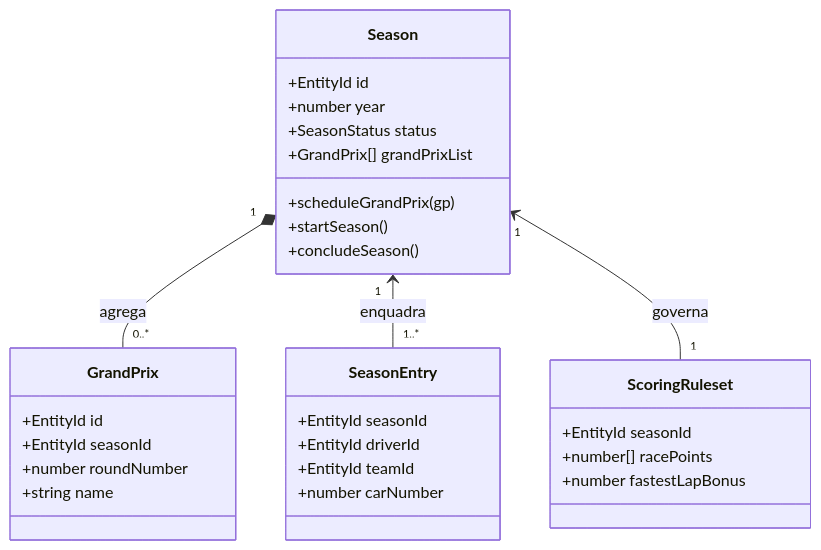
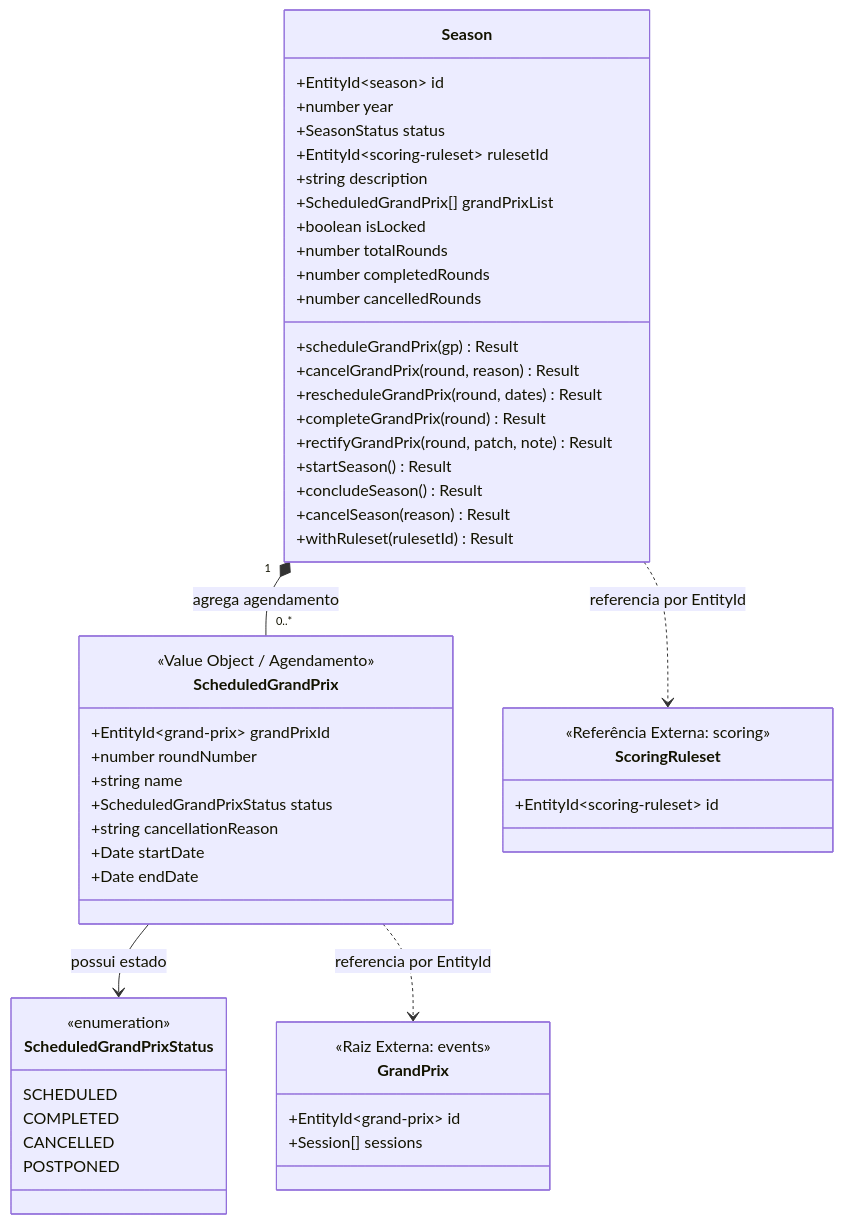
The first of 3 diagrams in docs/domain/seasons.md (Joao147258/f1atlas), drawn with Mermaid before and after one commit. The commit also changed other lines of this file and 167 other files, not shown here.

````diff
--- a/docs/domain/seasons.md
+++ b/docs/domain/seasons.md
@@ -80,36 +72,59 @@
 ```mermaid
 classDiagram
     class Season {
-        +EntityId id
+        +EntityId~season~ id
         +number year
         +SeasonStatus status
-        +GrandPrix[] grandPrixList
-        +scheduleGrandPrix(gp)
-        +startSeason()
-        +concludeSeason()
+        +EntityId~scoring-ruleset~ rulesetId
+        +string description
+        +ScheduledGrandPrix[] grandPrixList
+        +boolean isLocked
+        +number totalRounds
+        +number completedRounds
+        +number cancelledRounds
+        +scheduleGrandPrix(gp) Result
+        +cancelGrandPrix(round, reason) Result
+        +rescheduleGrandPrix(round, dates) Result
+        +completeGrandPrix(round) Result
+        +rectifyGrandPrix(round, patch, note) Result
+        +startSeason() Result
+        +concludeSeason() Result
+        +cancelSeason(reason) Result
+        +withRuleset(rulesetId) Result
+    }
+
+    class ScheduledGrandPrix {
+        <<Value Object / Agendamento>>
+        +EntityId~grand-prix~ grandPrixId
+        +number roundNumber
+        +string name
+        +ScheduledGrandPrixStatus status
+        +string cancellationReason
+        +Date startDate
+        +Date endDate
+    }
+
+    class ScheduledGrandPrixStatus {
+        <<enumeration>>
+        SCHEDULED
+        COMPLETED
+        CANCELLED
+        POSTPONED
+    }
+
+    class ScoringRuleset {
+        <<Referência Externa: scoring>>
+        +EntityId~scoring-ruleset~ id
     }
 
     class GrandPrix {
-        +EntityId id
-        +EntityId seasonId
-        +number roundNumber
-        +string name
+        <<Raiz Externa: events>>
+        +EntityId~grand-prix~ id
+        +Session[] sessions
     }
 
-    class SeasonEntry {
-        +EntityId seasonId
-        +EntityId driverId
-        +EntityId teamId
-        +number carNumber
-    }
-
-    class ScoringRuleset {
-        +EntityId seasonId
-        +number[] racePoints
-        +number fastestLapBonus
-    }
-
-    Season "1" *-- "0..*" GrandPrix : agrega
-    Season "1" <-- "1..*" SeasonEntry : enquadra
-    Season "1" <-- "1" ScoringRuleset : governa
+    Season "1" *-- "0..*" ScheduledGrandPrix : agrega agendamento
+    ScheduledGrandPrix --> ScheduledGrandPrixStatus : possui estado
+    ScheduledGrandPrix ..> GrandPrix : referencia por EntityId
+    Season ..> ScoringRuleset : referencia por EntityId
 ```
````
